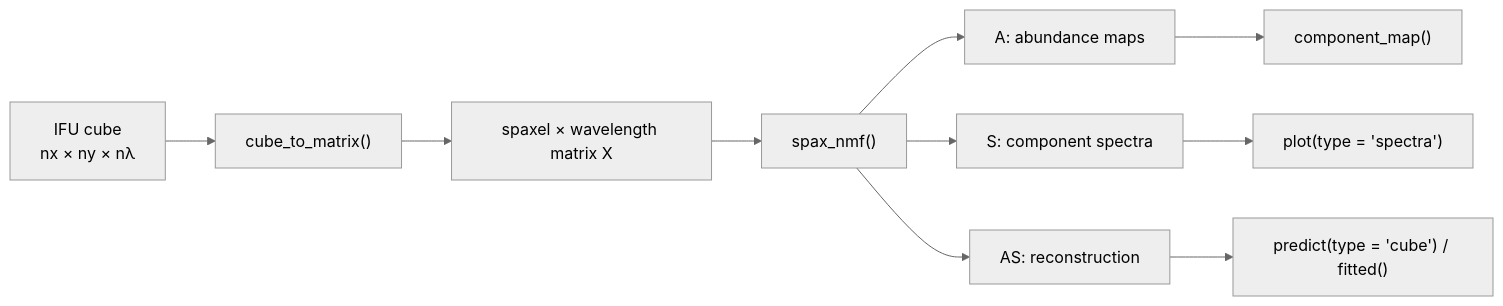
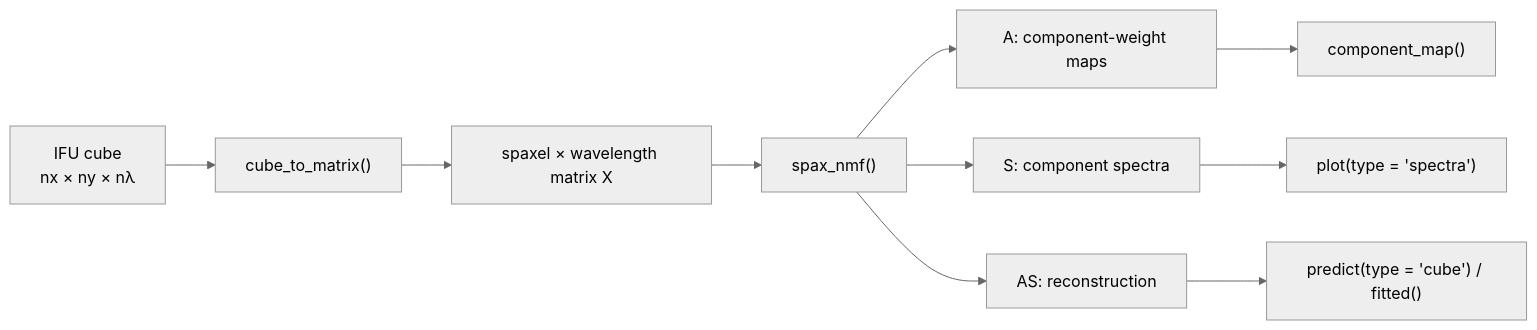
One commit to RafaelSdeSouza/SpaxNMF changed the diagram in site/index.qmd. Above: the diagram before and after it, drawn with Mermaid (neutral theme). The commit also changed other lines of this file and 5 other files, not shown here.

````diff
--- a/site/index.qmd
+++ b/site/index.qmd
@@ -26,12 +46,12 @@
 ```{mermaid}
 flowchart LR
   A["IFU cube<br/>nx × ny × nλ"] --> B["cube_to_matrix()"]
   B --> C["spaxel × wavelength matrix X"]
   C --> D["spax_nmf()"]
-  D --> E["A: abundance maps"]
+  D --> E["A: component-weight maps"]
   D --> F["S: component spectra"]
   D --> G["AS: reconstruction"]
   E --> H["component_map()"]
   F --> I["plot(type = 'spectra')"]
   G --> J["predict(type = 'cube') / fitted()"]
 ```
````
